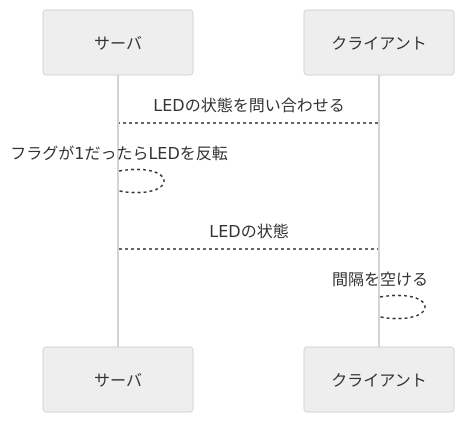
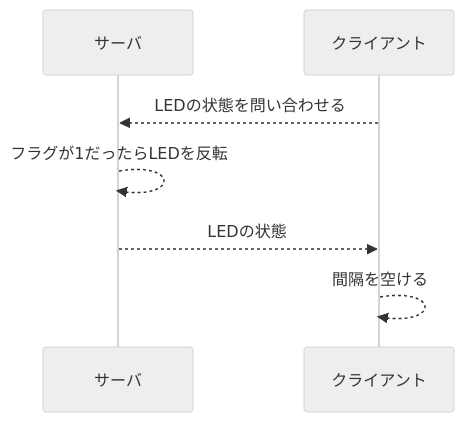
One commit to asa1729/webpro_06 changed the fifth of 5 diagrams in README.md. Above: the diagram before and after it, drawn with Mermaid (neutral theme).

````diff
--- a/README.md
+++ b/README.md
@@ -298,12 +298,12 @@
 ```mermaid
 sequenceDiagram
     participant A as サーバ
     participant B as クライアント
 
 
-    B-->A: LEDの状態を問い合わせる
-    A-->A: フラグが1だったらLEDを反転
-    A-->B: LEDの状態
-    B-->B: 間隔を空ける
+    B-->>A: LEDの状態を問い合わせる
+    A-->>A: フラグが1だったらLEDを反転
+    A-->>B: LEDの状態
+    B-->>B: 間隔を空ける
 
 ```
````
